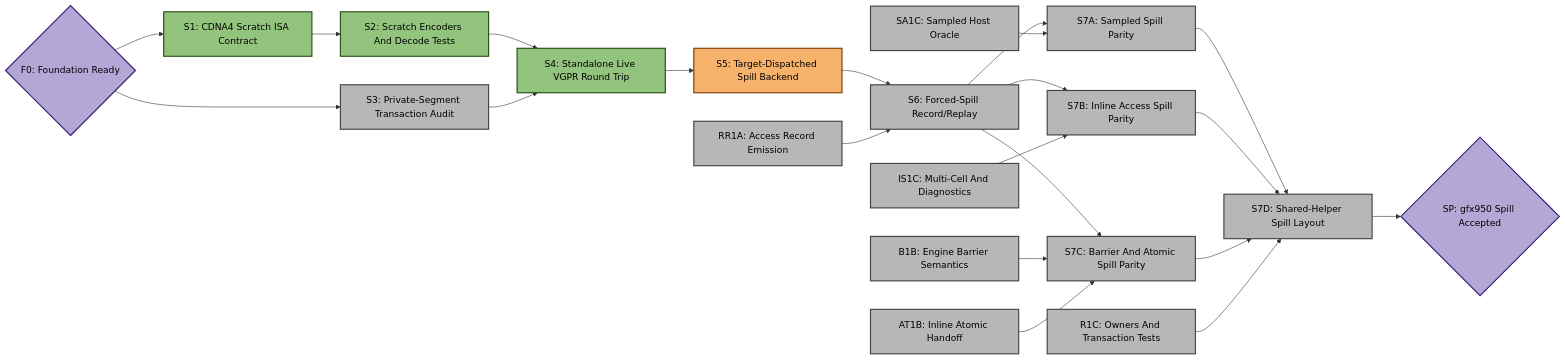
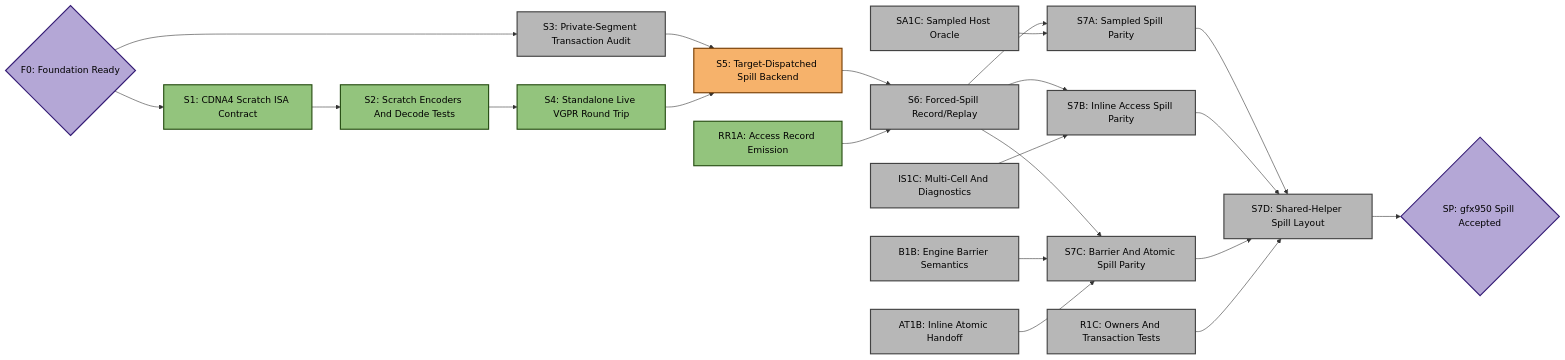
Before and after one commit to ROCm/rocm-systems: the third of 5 diagrams in emulation/rocjitsu/docs/consan/PLAN_GFX950.md, drawn with Mermaid. The commit also changed other lines of this file and 3 other files, not shown here.

````diff
--- a/emulation/rocjitsu/docs/consan/PLAN_GFX950.md
+++ b/emulation/rocjitsu/docs/consan/PLAN_GFX950.md
@@ -180,47 +186,47 @@
 ```mermaid
 flowchart LR
   F0{"F0: Foundation Ready"}:::target
   S1["S1: CDNA4 Scratch ISA Contract"]:::done
   S2["S2: Scratch Encoders And Decode Tests"]:::done
   S3["S3: Private-Segment Transaction Audit"]:::todo
   S4["S4: Standalone Live VGPR Round Trip"]:::done
   S5["S5: Target-Dispatched Spill Backend"]:::active
-  RR1A["RR1A: Access Record Emission"]:::todo
+  RR1A["RR1A: Access Record Emission"]:::done
   S6["S6: Forced-Spill Record/Replay"]:::todo
   SA1C["SA1C: Sampled Host Oracle"]:::todo
   IS1C["IS1C: Multi-Cell And Diagnostics"]:::todo
   B1B["B1B: Engine Barrier Semantics"]:::todo
   AT1B["AT1B: Inline Atomic Handoff"]:::todo
   R1C["R1C: Owners And Transaction Tests"]:::todo
   S7A["S7A: Sampled Spill Parity"]:::todo
   S7B["S7B: Inline Access Spill Parity"]:::todo
   S7C["S7C: Barrier And Atomic Spill Parity"]:::todo
   S7D["S7D: Shared-Helper Spill Layout"]:::todo
   SP{"SP: gfx950 Spill Accepted"}:::target
 
   F0 --> S1
   F0 --> S3
   S1 --> S2
   S2 --> S4
-  S3 --> S4
+  S3 --> S5
   S4 --> S5
   S5 --> S6
   RR1A --> S6
   S6 --> S7A
   SA1C --> S7A
   S6 --> S7B
   IS1C --> S7B
   S6 --> S7C
   B1B --> S7C
   AT1B --> S7C
   S7A --> S7D
   S7B --> S7D
   S7C --> S7D
   R1C --> S7D
   S7D --> SP
 
   classDef done fill:#93c47d,stroke:#274e13,stroke-width:2px,color:#000;
   classDef active fill:#f6b26b,stroke:#783f04,stroke-width:2px,color:#000;
   classDef todo fill:#b7b7b7,stroke:#434343,stroke-width:2px,color:#000;
   classDef target fill:#b4a7d6,stroke:#351c75,stroke-width:2px,color:#000;
 ```
````
